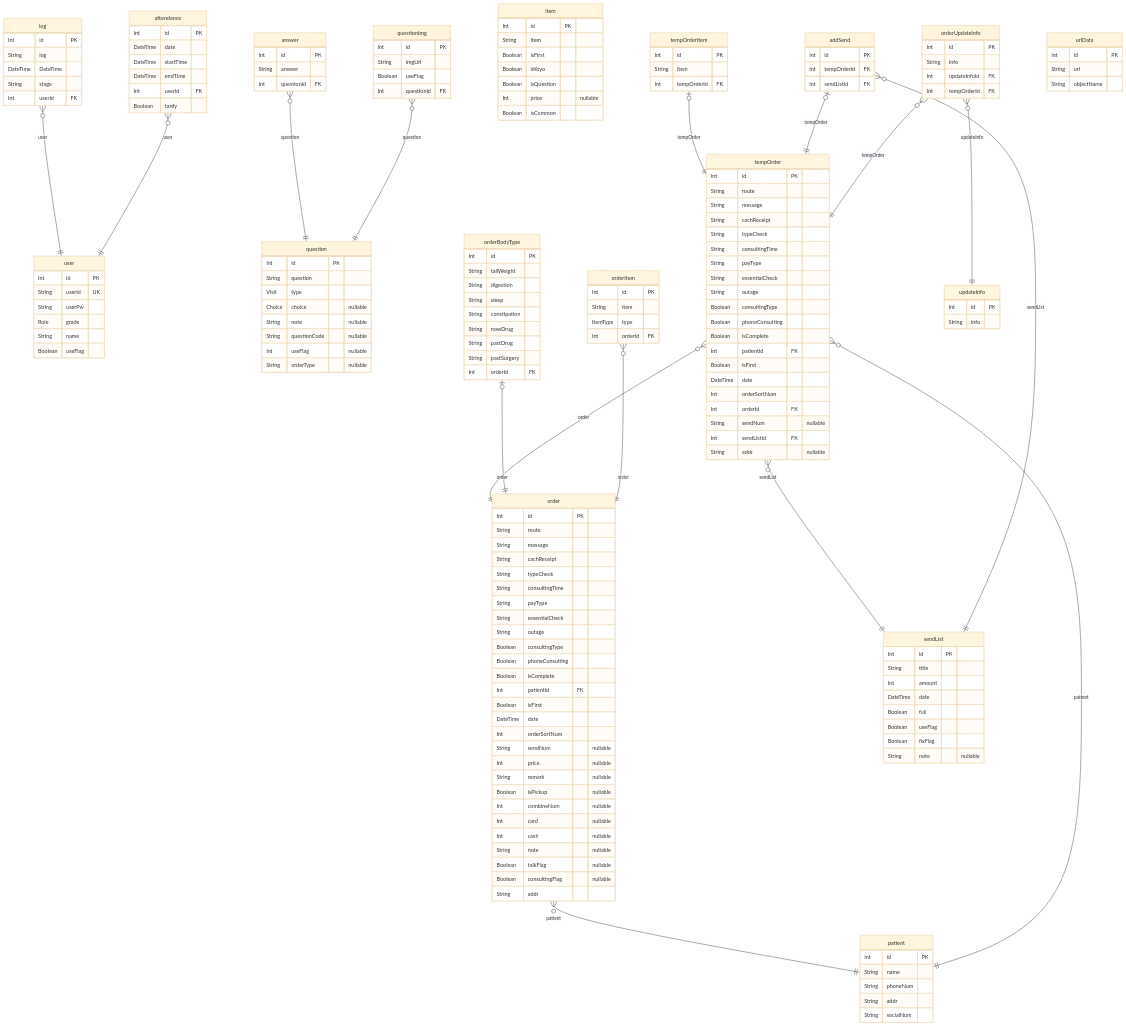
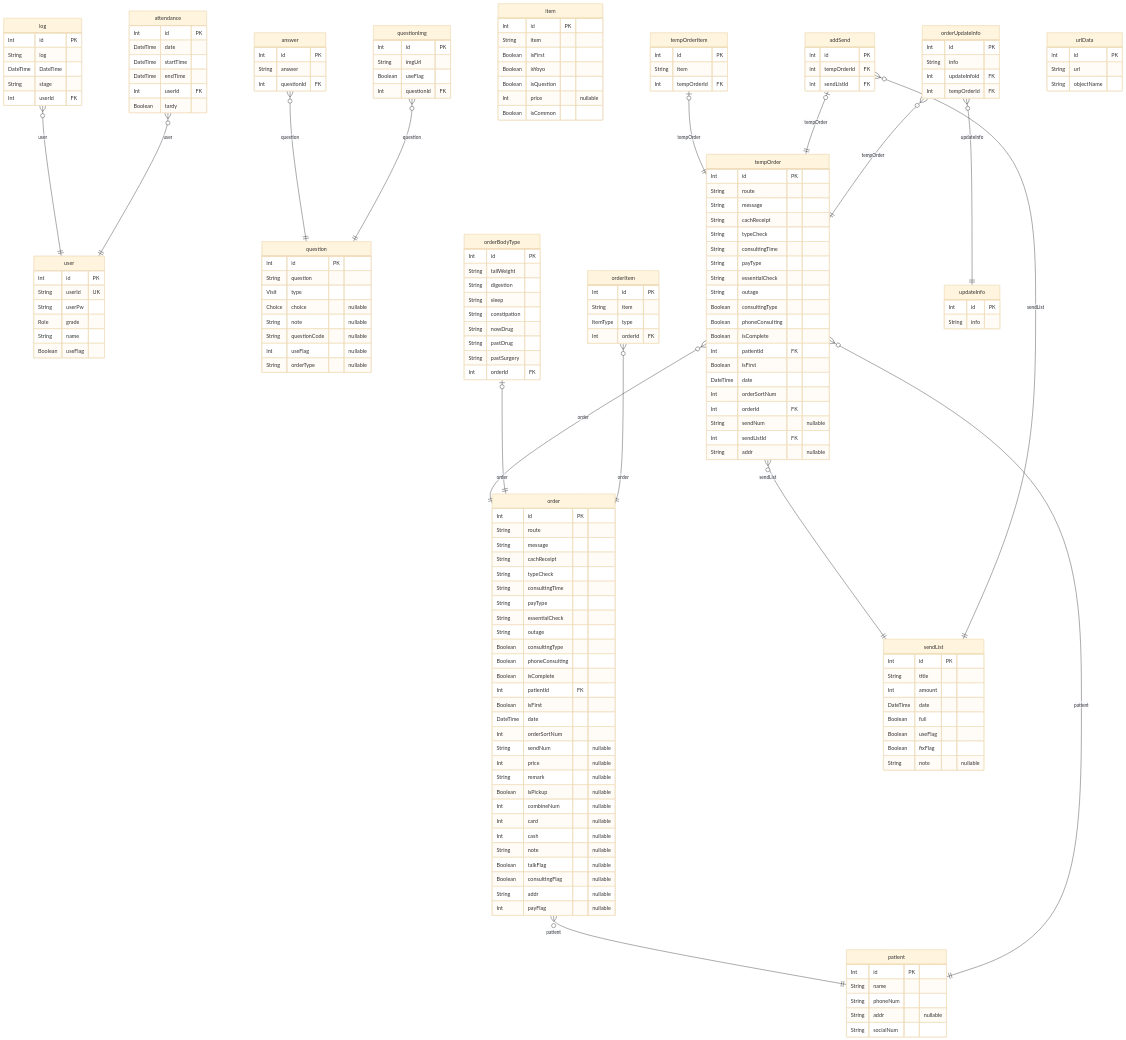
One commit to CobitionOrg/chamServer-erp changed the diagram in prisma/ERD.md. Above: the diagram before and after it, drawn with Mermaid (base theme). The commit also changed other lines of this file and 5 other files, not shown here.

```diff
--- a/prisma/ERD.md
+++ b/prisma/ERD.md
@@ -54,7 +54,7 @@
   Int id PK
   String name
   String phoneNum
-  String addr
+  String addr "nullable"
   String socialNum
 }
 "item" {
@@ -93,7 +93,8 @@
   String note "nullable"
   Boolean talkFlag "nullable"
   Boolean consultingFlag "nullable"
-  String addr
+  String addr "nullable"
+  Int payFlag "nullable"
 }
 "tempOrder" {
   Int id PK
```
